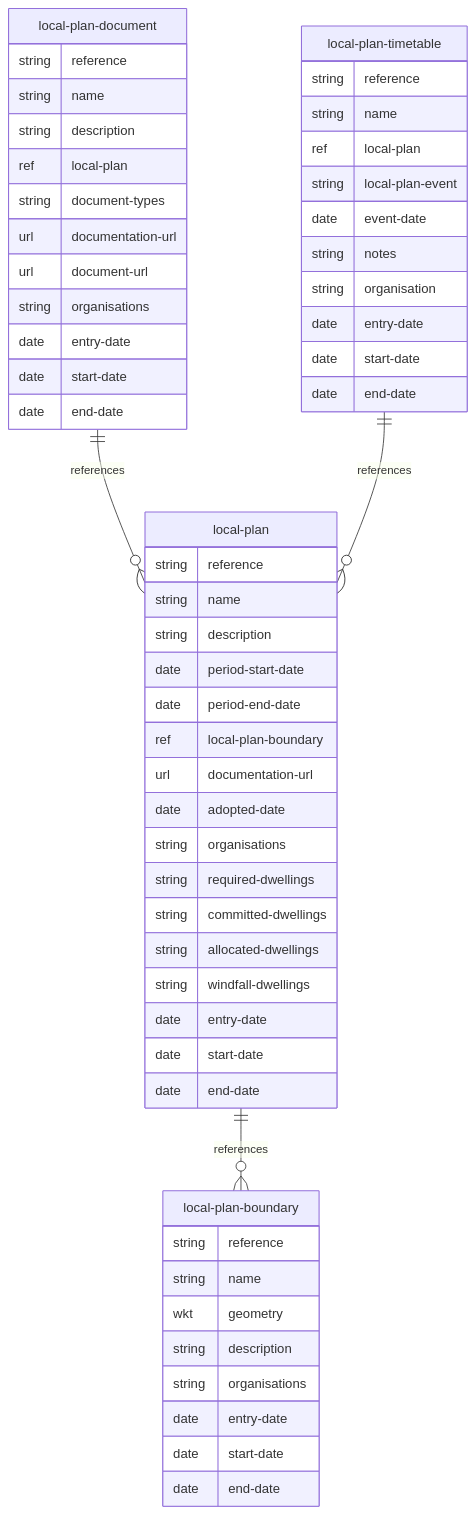
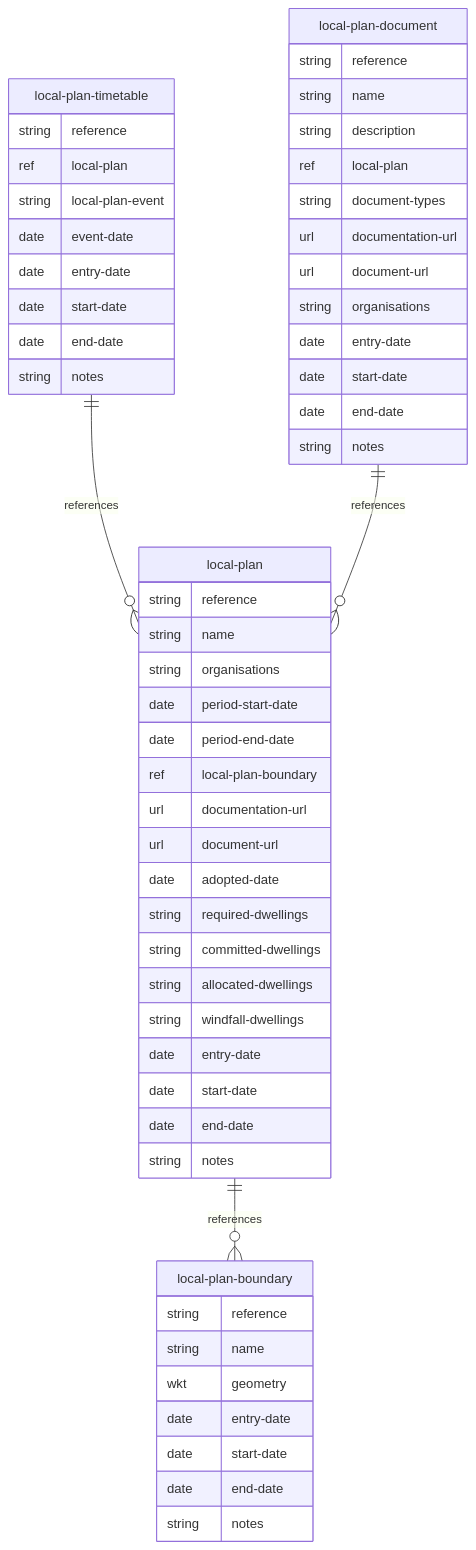
The diagram in docs/mermaid/local-plan.md (digital-land/specification), drawn with Mermaid before and after one commit. The commit also changed 117 other files, not shown here.

````diff
--- a/docs/mermaid/local-plan.md
+++ b/docs/mermaid/local-plan.md
@@ -4,59 +4,58 @@
 ```mermaid
 erDiagram
     local-plan-boundary {
         string reference
         string name
         wkt geometry
-        string description
-        string organisations
         date entry-date
         date start-date
         date end-date
+        string notes
     }
     local-plan {
         string reference
         string name
-        string description
+        string organisations
         date period-start-date
         date period-end-date
         ref local-plan-boundary
         url documentation-url
+        url document-url
         date adopted-date
-        string organisations
         string required-dwellings
         string committed-dwellings
         string allocated-dwellings
         string windfall-dwellings
         date entry-date
         date start-date
         date end-date
+        string notes
+    }
+    local-plan-timetable {
+        string reference
+        ref local-plan
+        string local-plan-event
+        date event-date
+        date entry-date
+        date start-date
+        date end-date
+        string notes
     }
     local-plan-document {
         string reference
         string name
         string description
         ref local-plan
         string document-types
         url documentation-url
         url document-url
         string organisations
         date entry-date
         date start-date
         date end-date
-    }
-    local-plan-timetable {
-        string reference
-        string name
-        ref local-plan
-        string local-plan-event
-        date event-date
         string notes
-        string organisation
-        date entry-date
-        date start-date
-        date end-date
     }
     local-plan ||--o{ local-plan-boundary : references
+    local-plan-timetable ||--o{ local-plan : references
     local-plan-document ||--o{ local-plan : references
-    local-plan-timetable ||--o{ local-plan : references
 ```
````
